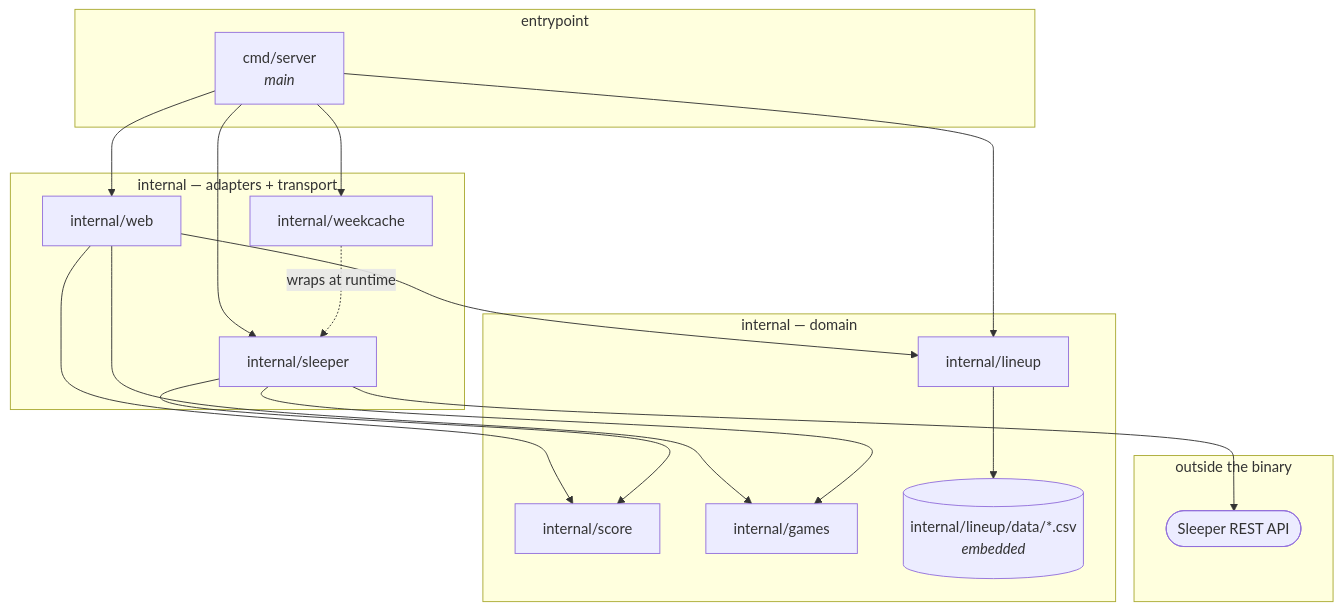
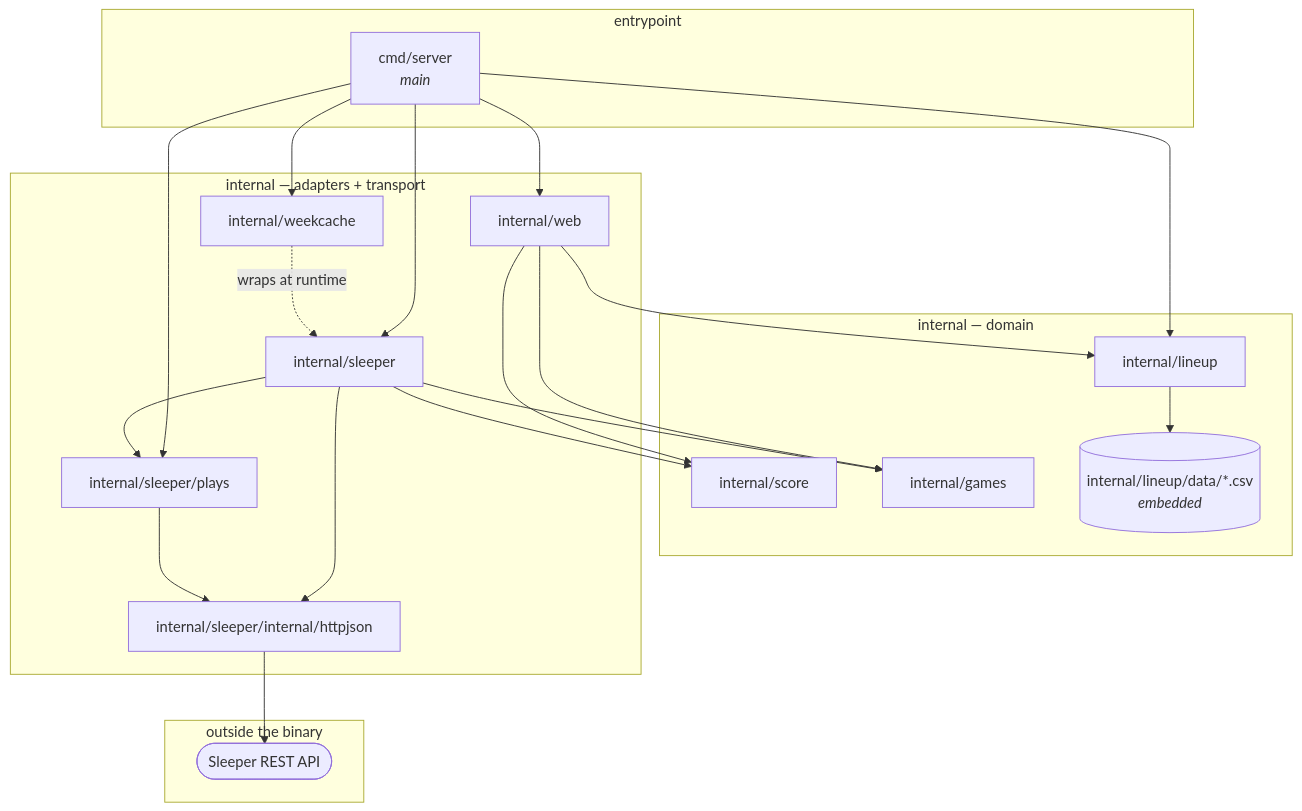
One commit to eshifrin-606/bojjaes changed the diagram in docs/package-dependencies.md. Above: the diagram before and after it, drawn with Mermaid. The commit also changed other lines of this file and 23 other files, not shown here.

First line of the commit message:
Move the play store into internal/sleeper/plays

````diff
--- a/docs/package-dependencies.md
+++ b/docs/package-dependencies.md
@@ -13,33 +13,39 @@
 ```mermaid
 graph TD
     subgraph entry["entrypoint"]
         main["cmd/server<br/><i>main</i>"]
     end
     subgraph domain["internal — domain"]
         score["internal/score"]
         games["internal/games"]
         lineup["internal/lineup"]
         files[("internal/lineup/data/*.csv<br/><i>embedded</i>")]
     end
     subgraph adapters["internal — adapters + transport"]
         sleeperpkg["internal/sleeper"]
+        plays["internal/sleeper/plays"]
+        httpjson["internal/sleeper/internal/httpjson"]
         weekcache["internal/weekcache"]
         web["internal/web"]
     end
     subgraph ext["outside the binary"]
         sleeper(["Sleeper REST API"])
     end
 
     main --> web
     main --> weekcache
     main --> sleeperpkg
+    main --> plays
     main --> lineup
     web --> score
     web --> games
     web --> lineup
     sleeperpkg --> score
     sleeperpkg --> games
-    sleeperpkg --> sleeper
+    sleeperpkg --> plays
+    sleeperpkg --> httpjson
+    plays --> httpjson
+    httpjson --> sleeper
     weekcache -. wraps at runtime .-> sleeperpkg
     lineup --> files
 ```
````
